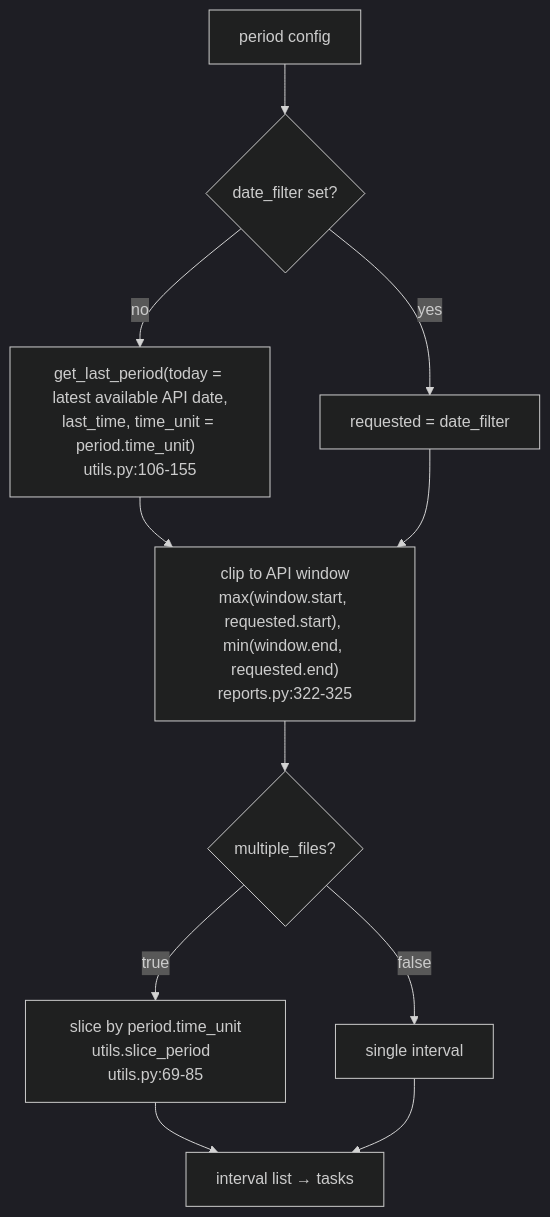
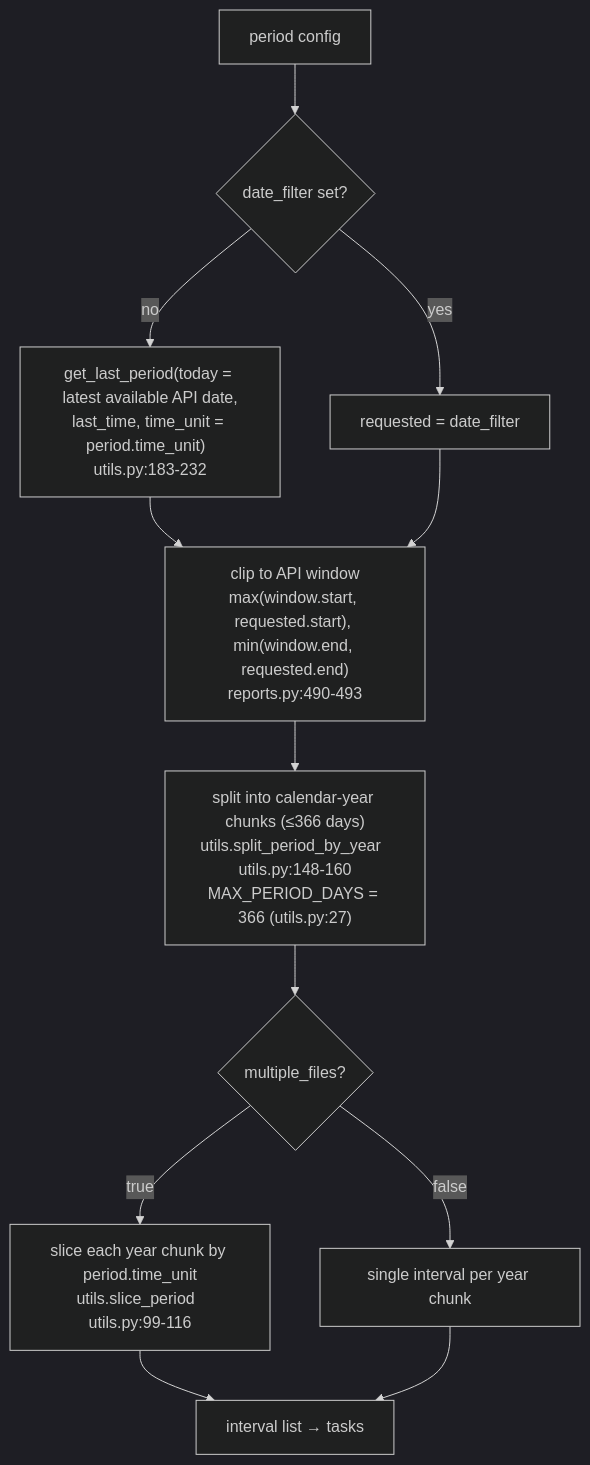
One commit to manicko/mko_get_mediascope_data changed the second of 3 diagrams in docs/00-overview/data-flow-architecture.md. Above: the diagram before and after it, drawn with Mermaid (dark theme). The commit also changed other lines of this file and 1 other file, not shown here.

Commit message:
docs(period): document 366-day year splitting in get_period

````diff
--- a/docs/00-overview/data-flow-architecture.md
+++ b/docs/00-overview/data-flow-architecture.md
@@ -87,13 +87,14 @@
 ```mermaid
 flowchart TD
     A["period config"] --> B{"date_filter set?"}
-    B -- no --> C["get_last_period(today = latest available API date,<br/>last_time, time_unit = period.time_unit)  utils.py:106-155"]
+    B -- no --> C["get_last_period(today = latest available API date,<br/>last_time, time_unit = period.time_unit)  utils.py:183-232"]
     B -- yes --> D["requested = date_filter"]
-    C --> E["clip to API window<br/>max(window.start, requested.start), min(window.end, requested.end)<br/>reports.py:322-325"]
+    C --> E["clip to API window<br/>max(window.start, requested.start), min(window.end, requested.end)<br/>reports.py:490-493"]
     D --> E
-    E --> F{"multiple_files?"}
-    F -- true --> G["slice by period.time_unit<br/>utils.slice_period  utils.py:69-85"]
-    F -- false --> H["single interval"]
+    E --> Y["split into calendar-year chunks (≤366 days)<br/>utils.split_period_by_year  utils.py:148-160<br/>MAX_PERIOD_DAYS = 366 (utils.py:27)"]
+    Y --> F{"multiple_files?"}
+    F -- true --> G["slice each year chunk by period.time_unit<br/>utils.slice_period  utils.py:99-116"]
+    F -- false --> H["single interval per year chunk"]
     G --> I["interval list → tasks"]
     H --> I
 ```
````
